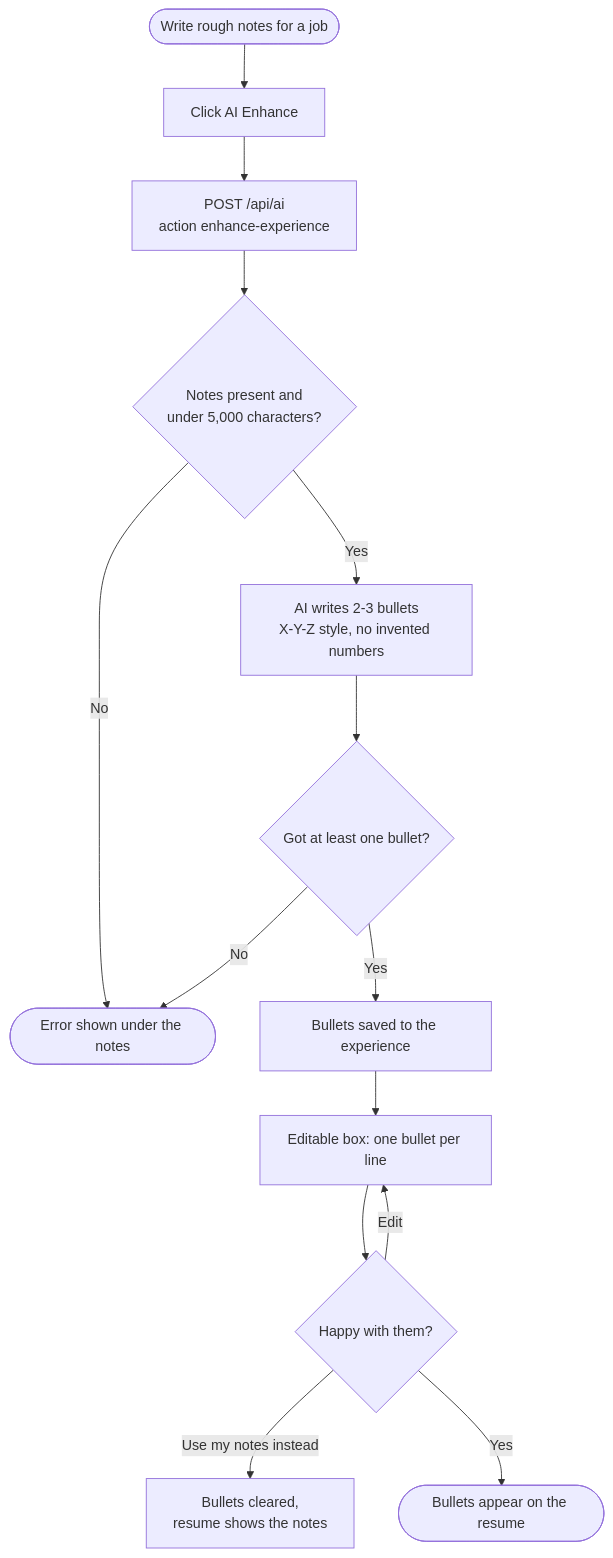
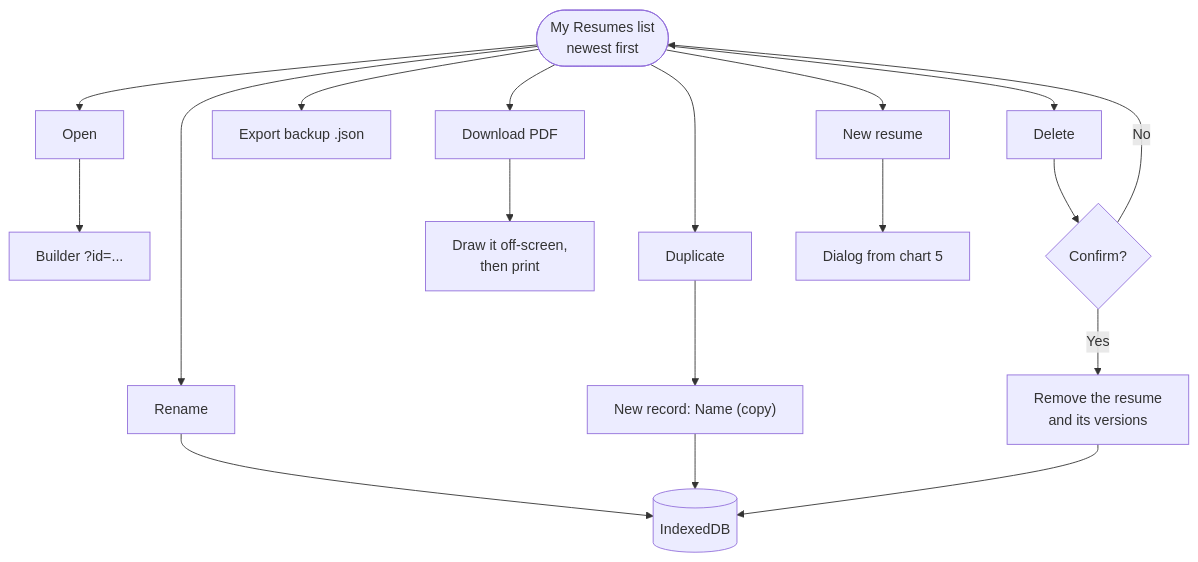
One commit to silent-coder-dev/ai-resume-builder changed diagram 14 of 30 in doc/04-FLOWCHARTS.md. Above: the diagram before and after it, drawn with Mermaid. The commit also changed other lines of this file and 122 other files, not shown here.

````diff
--- a/doc/04-FLOWCHARTS.md
+++ b/doc/04-FLOWCHARTS.md
@@ -241,16 +373,12 @@
 ```mermaid
 flowchart TD
-    A(["Write rough notes for a job"]) --> B["Click AI Enhance"]
-    B --> C["POST /api/ai<br/>action enhance-experience"]
-    C --> D{"Notes present and<br/>under 5,000 characters?"}
-    D -->|No| E(["Error shown under the notes"])
-    D -->|Yes| F["AI writes 2-3 bullets<br/>X-Y-Z style, no invented numbers"]
-    F --> G{"Got at least one bullet?"}
-    G -->|No| E
-    G -->|Yes| H["Bullets saved to the experience"]
-    H --> I["Editable box: one bullet per line"]
-    I --> J{"Happy with them?"}
-    J -->|Edit| I
-    J -->|Use my notes instead| K["Bullets cleared,<br/>resume shows the notes"]
-    J -->|Yes| L(["Bullets appear on the resume"])
+    L(["My Resumes list<br/>newest first"]) --> O["Open"] --> B["Builder ?id=..."]
+    L --> RN["Rename"] --> DB[("IndexedDB")]
+    L --> DU["Duplicate"] --> NEW["New record: Name (copy)"] --> DB
+    L --> PDF["Download PDF"] --> PR["Draw it off-screen,<br/>then print"]
+    L --> EX["Export backup .json"]
+    L --> D["Delete"] --> CF{"Confirm?"}
+    CF -->|Yes| RM["Remove the resume<br/>and its versions"] --> DB
+    CF -->|No| L
+    L --> NR["New resume"] --> DLG["Dialog from chart 5"]
 ```
````
